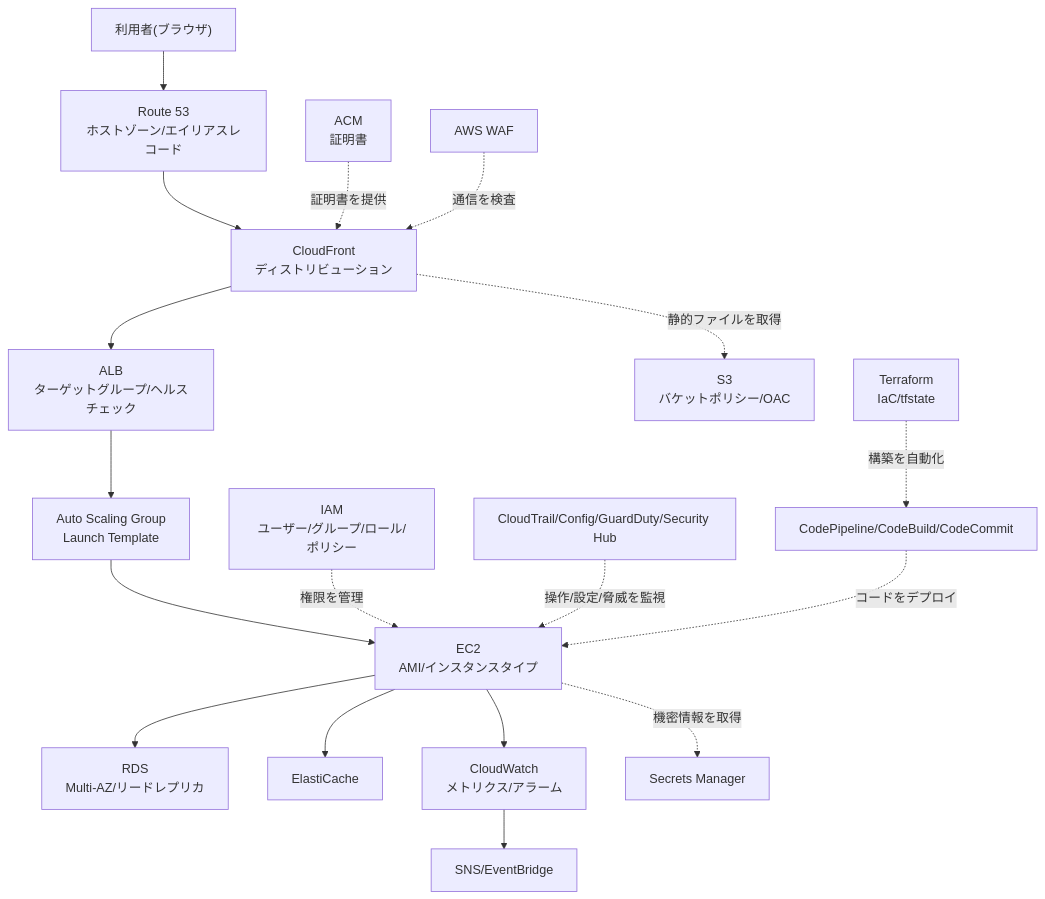
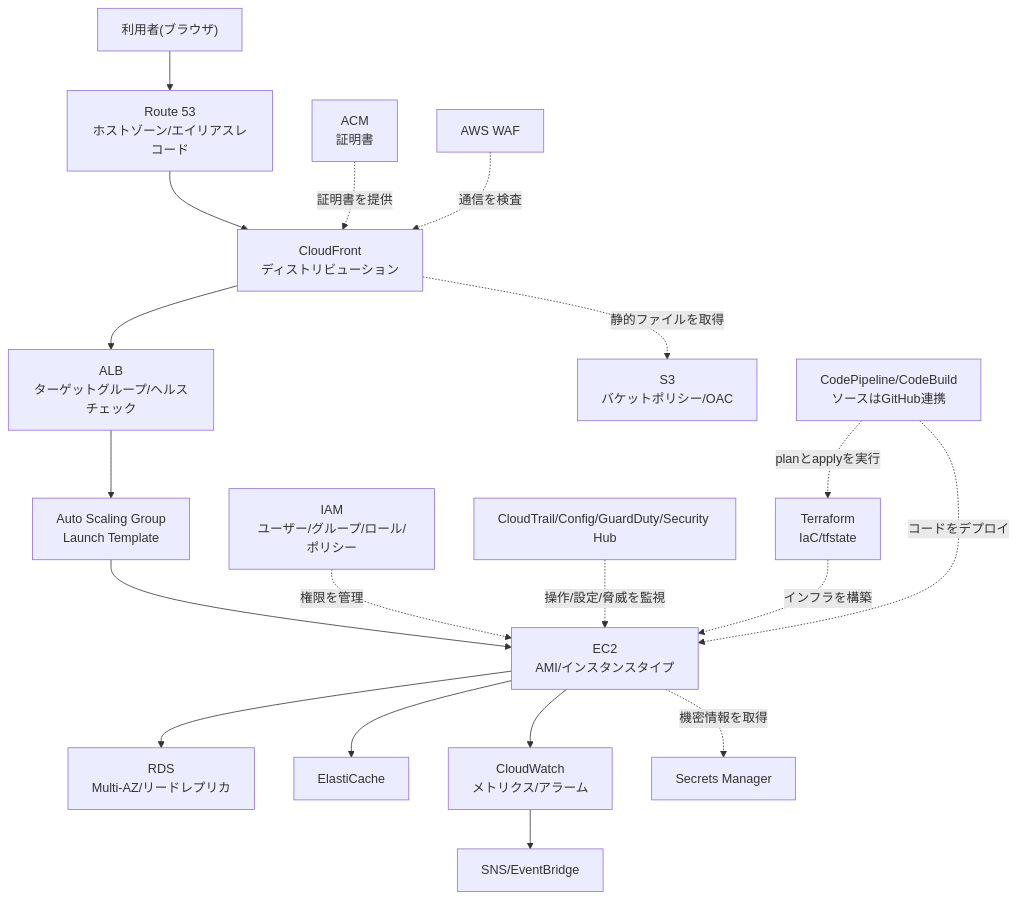
One commit to ns7jp/aws changed the diagram in docs/02-glossary.md. Above: the diagram before and after it, drawn with Mermaid. The commit also changed other lines of this file and 7 other files, not shown here.

````diff
--- a/docs/02-glossary.md
+++ b/docs/02-glossary.md
@@ -22,36 +22,37 @@
 ```mermaid
 flowchart TD
     User["利用者(ブラウザ)"]
     DNS["Route 53<br/>ホストゾーン/エイリアスレコード"]
     ACMN["ACM<br/>証明書"]
     WAFN["AWS WAF"]
     CDN["CloudFront<br/>ディストリビューション"]
     ALB["ALB<br/>ターゲットグループ/ヘルスチェック"]
     ASG["Auto Scaling Group<br/>Launch Template"]
     EC2N["EC2<br/>AMI/インスタンスタイプ"]
     RDSN["RDS<br/>Multi-AZ/リードレプリカ"]
     Cache["ElastiCache"]
     S3N["S3<br/>バケットポリシー/OAC"]
     IAMN["IAM<br/>ユーザー/グループ/ロール/ポリシー"]
     Watch["CloudTrail/Config/GuardDuty/Security Hub"]
     CW["CloudWatch<br/>メトリクス/アラーム"]
     Notify["SNS/EventBridge"]
     Secret["Secrets Manager"]
-    CI["CodePipeline/CodeBuild/CodeCommit"]
+    CI["CodePipeline/CodeBuild<br/>ソースはGitHub連携"]
     TF["Terraform<br/>IaC/tfstate"]
 
     User --> DNS --> CDN
     ACMN -.->|証明書を提供| CDN
     WAFN -.->|通信を検査| CDN
     CDN --> ALB
     CDN -.->|静的ファイルを取得| S3N
     ALB --> ASG --> EC2N
     EC2N --> RDSN
     EC2N --> Cache
     EC2N -.->|機密情報を取得| Secret
     IAMN -.->|権限を管理| EC2N
     Watch -.->|操作/設定/脅威を監視| EC2N
     EC2N --> CW --> Notify
-    TF -.->|構築を自動化| CI
+    CI -.->|planとapplyを実行| TF
+    TF -.->|インフラを構築| EC2N
     CI -.->|コードをデプロイ| EC2N
 ```
````
